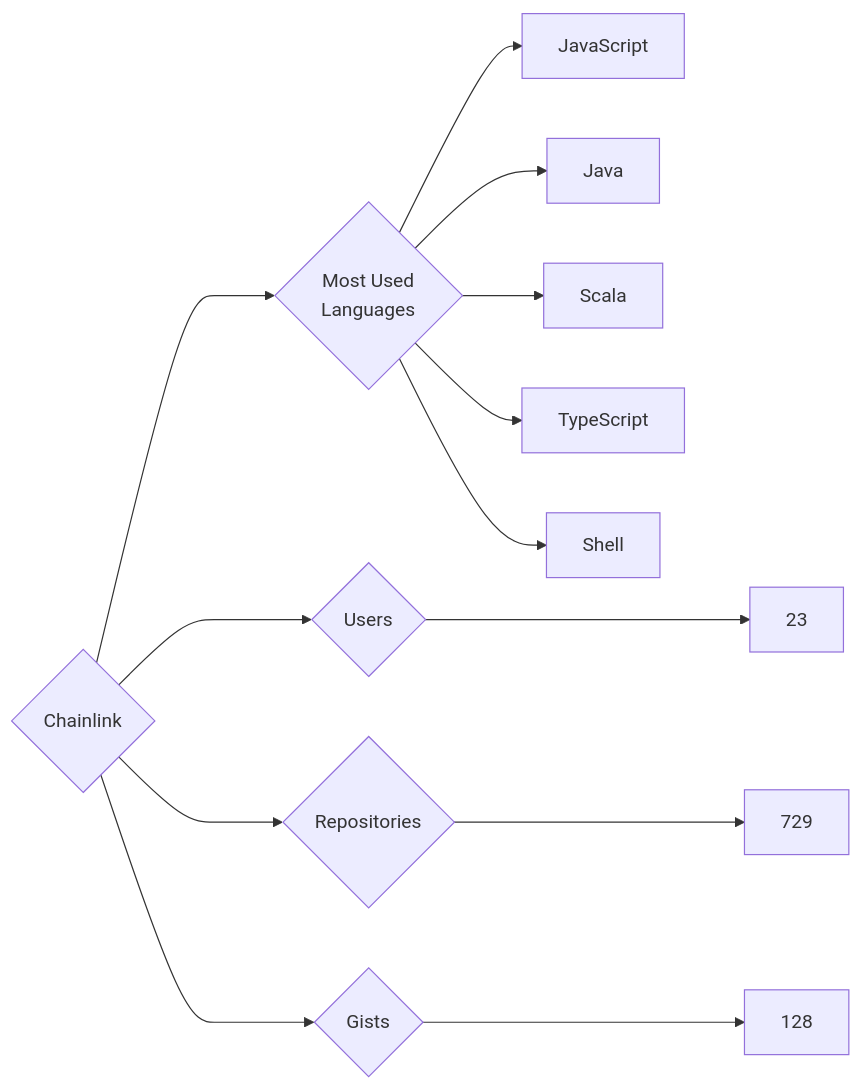
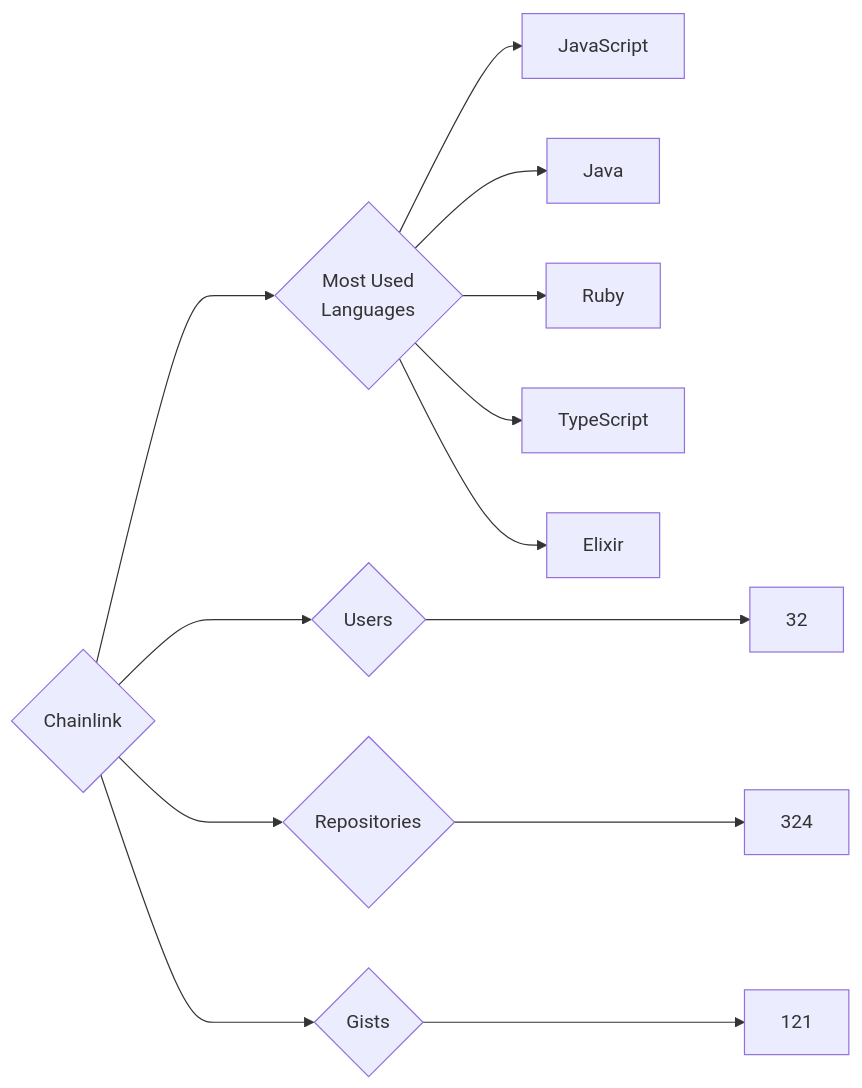
One commit to trickest/insiders changed the diagram in targets/Chainlink/README.md. Above: the diagram before and after it, drawn with Mermaid. The commit also changed 930 other files, not shown here.

````diff
--- a/targets/Chainlink/README.md
+++ b/targets/Chainlink/README.md
@@ -3,13 +3,13 @@
 ```mermaid
 graph LR
 COMPANY_NAME{Chainlink}
-COMPANY_NAME ---> U{Users} ---> UN[23]
-COMPANY_NAME ---> R{Repositories} ---> RN[729]
-COMPANY_NAME ---> G{Gists} ---> GN[128]
+COMPANY_NAME ---> U{Users} ---> UN[32]
+COMPANY_NAME ---> R{Repositories} ---> RN[324]
+COMPANY_NAME ---> G{Gists} ---> GN[121]
 COMPANY_NAME ---> ML{Most Used<br>Languages}
 ML --> JavaScript[JavaScript]
 ML --> Java[Java]
-ML --> Scala[Scala]
+ML --> Ruby[Ruby]
 ML --> TypeScript[TypeScript]
-ML --> Shell[Shell]
+ML --> Elixir[Elixir]
 ```
````
